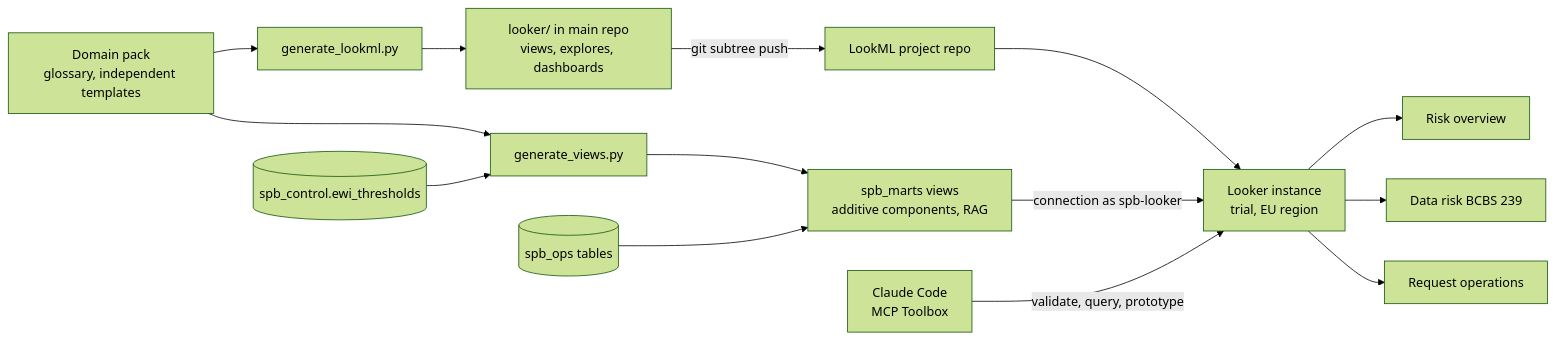
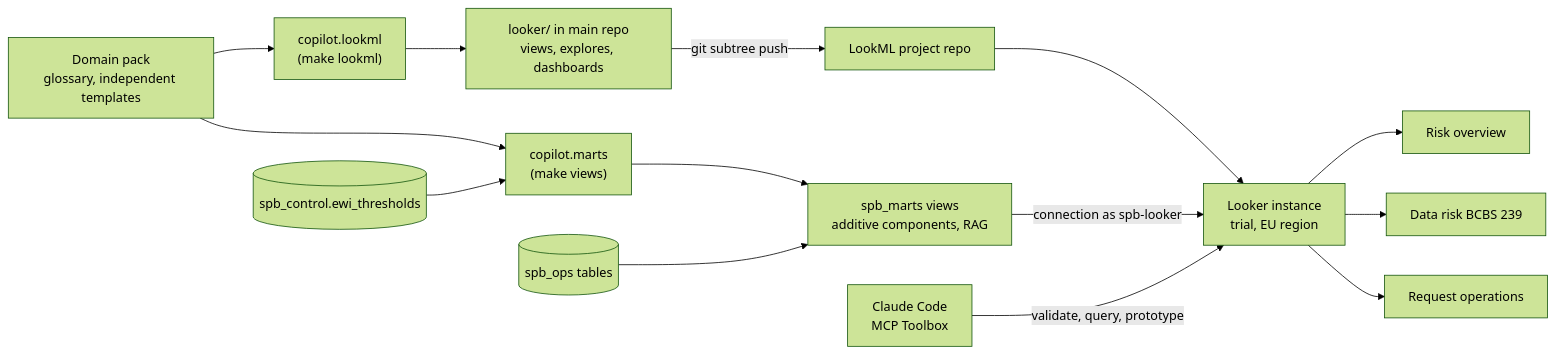
One commit to catalin-badea-aurelian/supervisory-request-copilot changed the fifth of 5 diagrams in docs/ARCHITECTURE.md. Above: the diagram before and after it, drawn with Mermaid (forest theme). The commit also changed other lines of this file and 2 other files, not shown here.

Commit message:
docs(m8a): marts, LookML and ops as built; build order for showcase mode

````diff
--- a/docs/ARCHITECTURE.md
+++ b/docs/ARCHITECTURE.md
@@ -919,16 +928,16 @@
 ```mermaid
 flowchart LR
-    DPK["Domain pack<br/>glossary, independent templates"] --> GV["generate_views.py"]
-    DPK --> GL["generate_lookml.py"]
+    DPK["Domain pack<br/>glossary, independent templates"] --> GV["copilot.marts<br/>(make views)"]
+    DPK --> GL["copilot.lookml<br/>(make lookml)"]
     THR[("spb_control.ewi_thresholds")] --> GV
     GV --> MARTS["spb_marts views<br/>additive components, RAG"]
     OPS[("spb_ops tables")] --> MARTS
     GL --> LKML["looker/ in main repo<br/>views, explores, dashboards"]
     LKML -->|git subtree push| LREPO["LookML project repo"]
     LREPO --> LKR["Looker instance<br/>trial, EU region"]
     MARTS -->|connection as spb-looker| LKR
     LKR --> D1["Risk overview"]
     LKR --> D2["Data risk BCBS 239"]
     LKR --> D3["Request operations"]
     CC["Claude Code<br/>MCP Toolbox"] -->|validate, query, prototype| LKR
 ```
````
